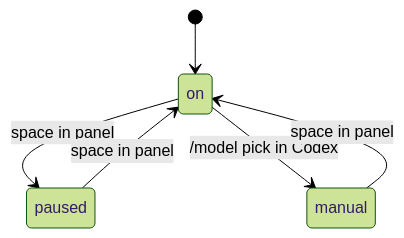
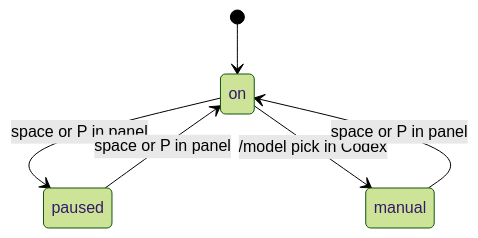
One commit to alexei-led/codex-router changed the seventh of 7 diagrams in docs/architecture.md. Above: the diagram before and after it, drawn with Mermaid (forest theme). The commit also changed other lines of this file and 9 other files, not shown here.

````diff
--- a/docs/architecture.md
+++ b/docs/architecture.md
@@ -169,8 +233,8 @@
 ```mermaid
 stateDiagram-v2
   [*] --> on
-  on --> paused: space in panel
-  paused --> on: space in panel
+  on --> paused: space or P in panel
+  paused --> on: space or P in panel
   on --> manual: /model pick in Codex
-  manual --> on: space in panel
+  manual --> on: space or P in panel
 ```
````
